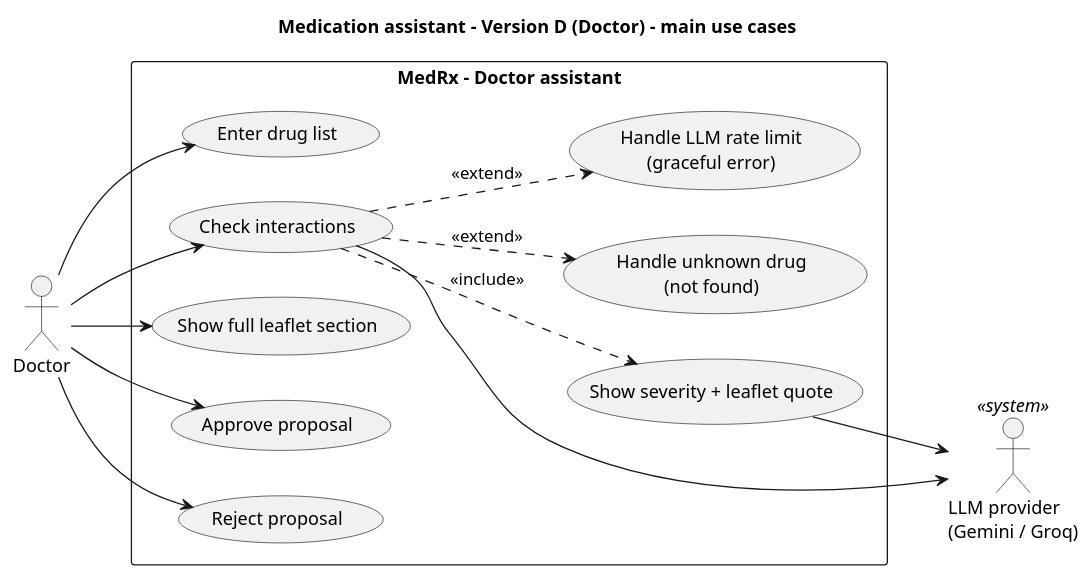
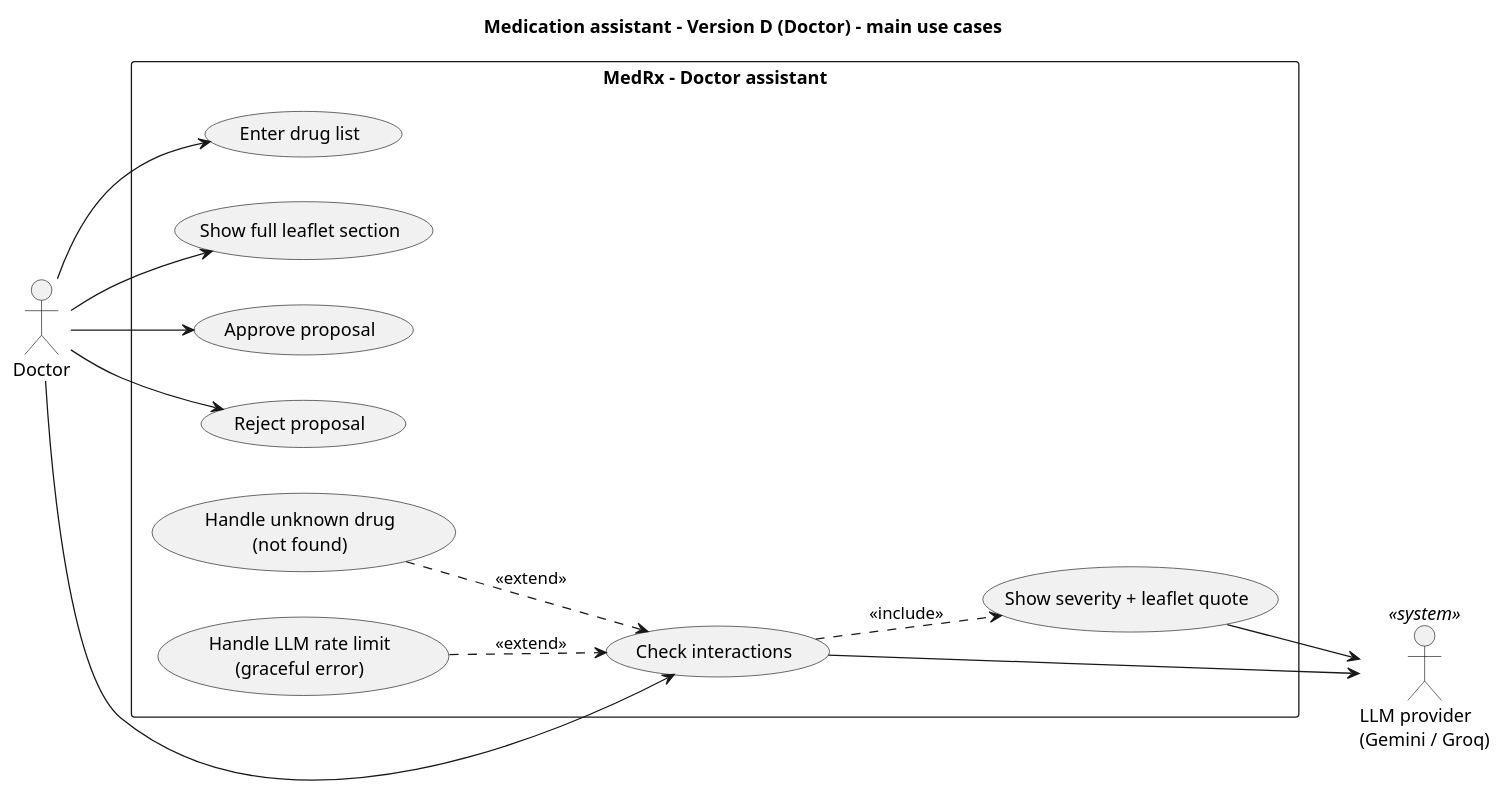
The diagram in docs/uml/usecase.puml (vladvoiasciuc2-crypto/medrx-lab3), drawn with PlantUML before and after one commit. The commit also changed 5 other files, not shown here.

First line of the commit message:
UML: fix extend arrows, add Groq, approval gate, guardrail layer and failure path

```diff
--- a/docs/uml/usecase.puml
+++ b/docs/uml/usecase.puml
@@ -1,31 +1,34 @@
 @startuml
 left to right direction
 title Medication assistant - Version D (Doctor) - main use cases
 
 actor Doctor
 actor "LLM provider\n(Gemini / Groq)" as LLM <<system>>
 
 rectangle "MedRx - Doctor assistant" {
   usecase "Enter drug list" as UC1
   usecase "Check interactions" as UC2
   usecase "Show severity + leaflet quote" as UC3
   usecase "Show full leaflet section" as UC4
   usecase "Approve proposal" as UC7
   usecase "Reject proposal" as UC8
   usecase "Handle unknown drug\n(not found)" as UC5
   usecase "Handle LLM rate limit\n(graceful error)" as UC6
 }
 
 Doctor --> UC1
 Doctor --> UC2
 Doctor --> UC4
 Doctor --> UC7
 Doctor --> UC8
 
 UC2 ..> UC3 : <<include>>
-UC2 ..> UC5 : <<extend>>
-UC2 ..> UC6 : <<extend>>
+UC5 ..> UC2 : <<extend>>
+UC6 ..> UC2 : <<extend>>
 UC2 --> LLM
 UC3 --> LLM
 
+' Requirement IDs (spec v1.2): UC1 FR-01; UC2 FR-02; UC3 FR-03, NFR-02; UC4 FR-04;
+' UC5 FR-05, NFR-03; UC6 FR-07, NFR-06; UC7 and UC8 FR-09, FR-10
+
 @enduml
```
